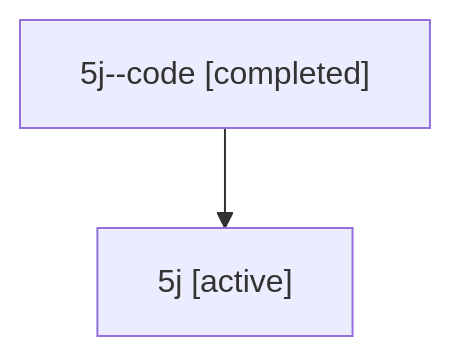
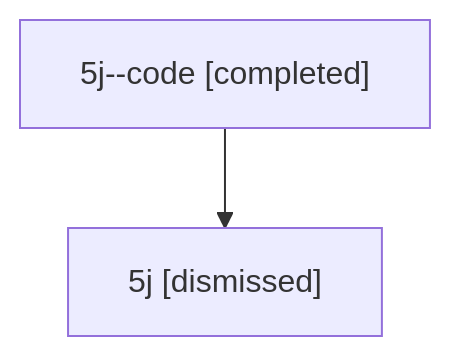
One commit to sase-org/sase--agents changed the diagram in sessions/bbugyi200.athena.5j.md. Above: the diagram before and after it, drawn with Mermaid. The commit also changed other lines of this file and 32 other files, not shown here.

````diff
--- a/sessions/bbugyi200.athena.5j.md
+++ b/sessions/bbugyi200.athena.5j.md
@@ -9,6 +9,6 @@
 ```mermaid
 flowchart TD
   n0["5j--code [completed]"]
-  n1["5j [active]"]
+  n1["5j [dismissed]"]
   n0 --> n1
 ```
````
